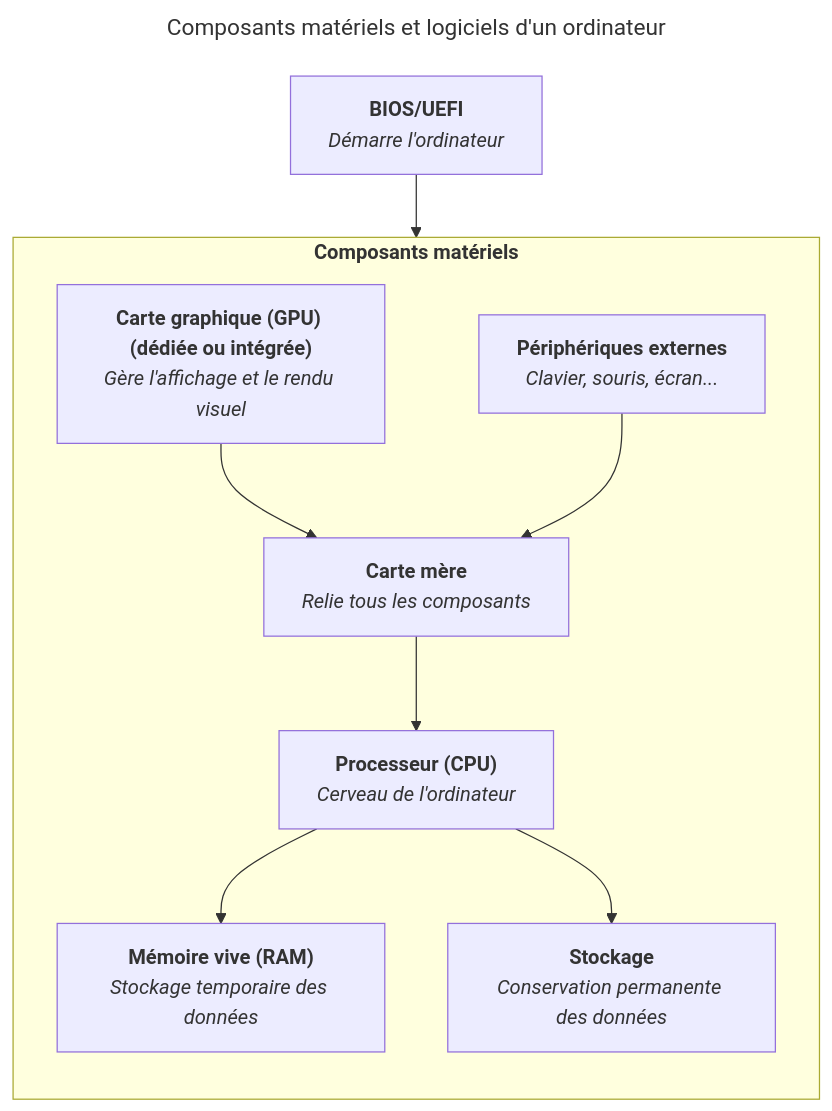
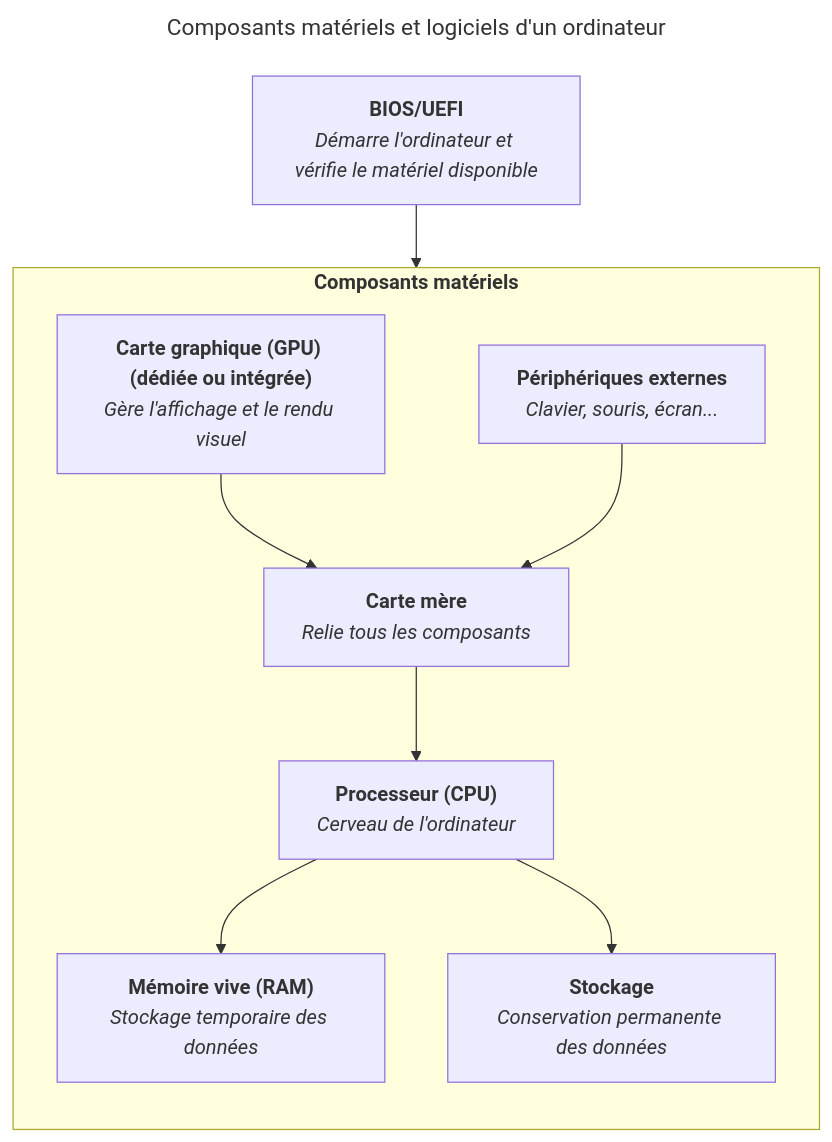
The diagram in src/content/docs/03-composants-materiels-et-logiciels-dun-ordinateur/08-bios-uefi.mdx (heig-vd-upinfo-course/heig-vd-upinfo-course), drawn with Mermaid before and after one commit. The commit also changed other lines of this file and 15 other files, not shown here.

````diff
--- a/src/content/docs/03-composants-materiels-et-logiciels-dun-ordinateur/08-bios-uefi.mdx
+++ b/src/content/docs/03-composants-materiels-et-logiciels-dun-ordinateur/08-bios-uefi.mdx
@@ -78,46 +78,46 @@
 ```mermaid
 ---
 title: Composants matériels et logiciels d'un ordinateur
 ---
 flowchart
   CPU["`
     **Processeur (CPU)**
     _Cerveau de l'ordinateur_
   `"]
   RAM["`
     **Mémoire vive (RAM)**
     _Stockage temporaire des données_
   `"]
   Storage["`
     **Stockage**
     _Conservation permanente des données_
   `"]
   Motherboard["`
     **Carte mère**
     _Relie tous les composants_
   `"]
   GPU["`
     **Carte graphique (GPU) (dédiée ou intégrée)**
     _Gère l'affichage et le rendu visuel_
   `"]
   Peripherals["`
     **Périphériques externes**
     _Clavier, souris, écran..._
   `"]
   BIOS_UEFI["`
     **BIOS/UEFI**
-    _Démarre l'ordinateur_
+    _Démarre l'ordinateur et vérifie le matériel disponible_
   `"]
 
   subgraph Hardware["`**Composants matériels**`"]
     direction TB
 
     CPU --> RAM
     CPU --> Storage
     Motherboard --> CPU
     GPU --> Motherboard
     Peripherals --> Motherboard
   end
 
   BIOS_UEFI --> Hardware
 ```
````
